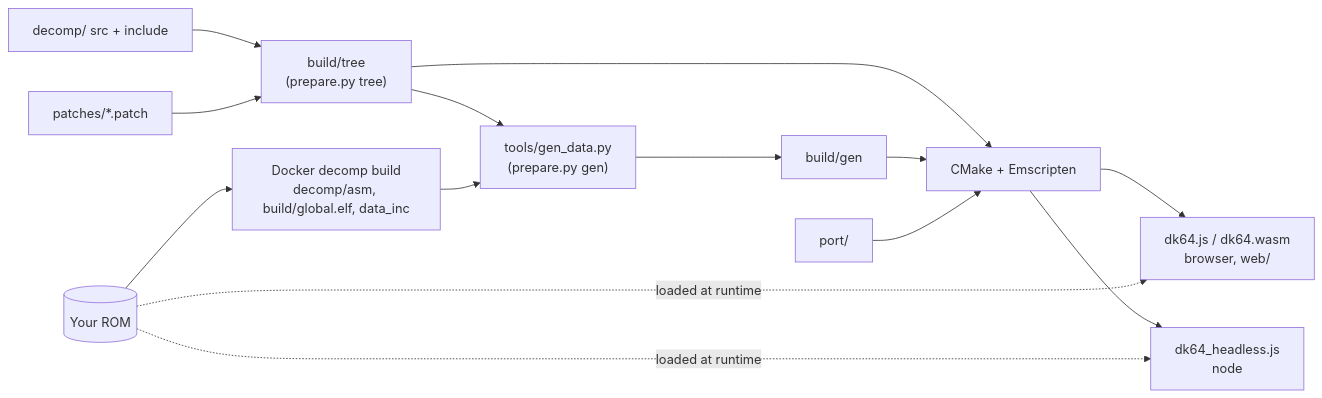
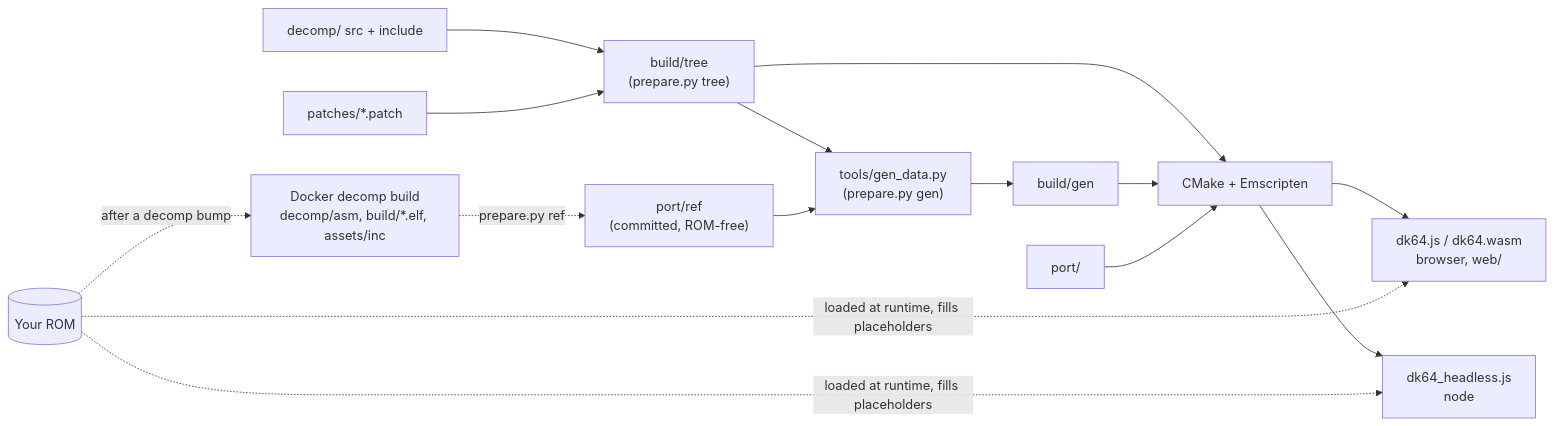
The diagram in docs/architecture.md (Unstripped/webby-kong), drawn with Mermaid before and after one commit. The commit also changed other lines of this file and 41 other files, not shown here.

First line of the commit message:
build: ROM-free wasm and Docker image that loads a mounted ROM

````diff
--- a/docs/architecture.md
+++ b/docs/architecture.md
@@ -9,16 +9,17 @@
 ```mermaid
 flowchart LR
-  rom[(Your ROM)] --> ref["Docker decomp build<br/>decomp/asm, build/global.elf, data_inc"]
+  rom[(Your ROM)] -. after a decomp bump .-> ref["Docker decomp build<br/>decomp/asm, build/*.elf, assets/inc"]
+  ref -. "prepare.py ref" .-> pref["port/ref<br/>(committed, ROM-free)"]
   src["decomp/ src + include"] --> tree["build/tree<br/>(prepare.py tree)"]
   patches["patches/*.patch"] --> tree
   tree --> gen["tools/gen_data.py<br/>(prepare.py gen)"]
-  ref --> gen
+  pref --> gen
   gen --> bgen[build/gen]
   tree --> cmake["CMake + Emscripten"]
   bgen --> cmake
   port["port/"] --> cmake
   cmake --> web["dk64.js / dk64.wasm<br/>browser, web/"]
   cmake --> headless["dk64_headless.js<br/>node"]
-  rom -. loaded at runtime .-> web
-  rom -. loaded at runtime .-> headless
+  rom -. loaded at runtime, fills placeholders .-> web
+  rom -. loaded at runtime, fills placeholders .-> headless
 ```
````
